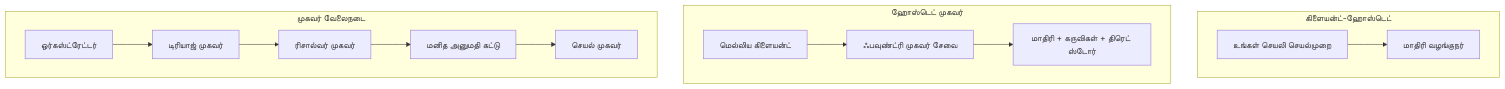
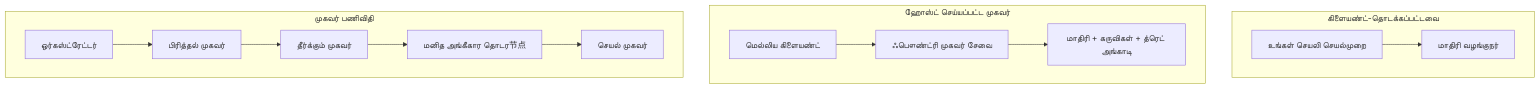
One commit to microsoft/ai-agents-for-beginners changed the first of 4 diagrams in translations/ta/16-deploying-scalable-agents/README.md. Above: the diagram before and after it, drawn with Mermaid. The commit also changed other lines of this file and 46 other files, not shown here.

````diff
--- a/translations/ta/16-deploying-scalable-agents/README.md
+++ b/translations/ta/16-deploying-scalable-agents/README.md
@@ -87,16 +87,16 @@
 ```mermaid
 flowchart TB
-    subgraph P1[கிளையன்ட்-ஹோஸ்டெட்]
+    subgraph P1[கிளையண்ட்-தொடக்கப்பட்டவை]
         A1[உங்கள் செயலி செயல்முறை] --> M1[மாதிரி வழங்குநர்]
     end
-    subgraph P2[ஹோஸ்டெட் முகவர்]
-        A2[மெல்லிய கிளையன்ட்] --> F2[ஃபவுண்ட்ரி முகவர் சேவை]
-        F2 --> M2[மாதிரி + கருவிகள் + திரெட் ஸ்டோர்]
+    subgraph P2[ஹோஸ்ட் செய்யப்பட்ட முகவர்]
+        A2[மெல்லிய கிளையண்ட்] --> F2[ஃபௌண்ட்ரி முகவர் சேவை]
+        F2 --> M2[மாதிரி + கருவிகள் + த்ரெட் அங்காடி]
     end
-    subgraph P3[முகவர் வேலைநடை]
-        A3[ஒர்கஸ்ட்ரேட்டர்] --> S1[டிரியாஜ் முகவர்]
-        S1 --> S2[ரிசால்வர் முகவர்]
-        S2 --> H[மனித அனுமதி கட்டு]
+    subgraph P3[முகவர் பணிவிதி]
+        A3[ஒர்கஸ்ட்ரேட்டர்] --> S1[பிரித்தல் முகவர்]
+        S1 --> S2[தீர்க்கும் முகவர்]
+        S2 --> H[மனித அங்கீகார தொடர节点]
         H --> S3[செயல் முகவர்]
     end
 ```
````
